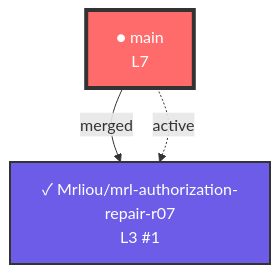
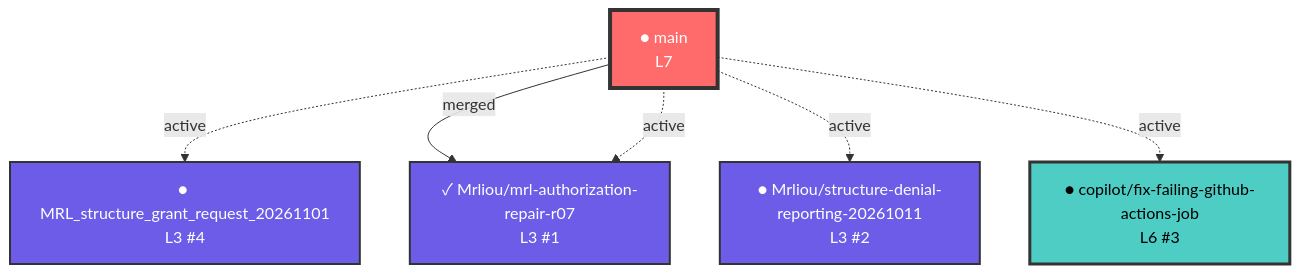
Before and after one commit to dofaromg/mrlioudb: the diagram in neural-links/synaptic-graph.mermaid, drawn with Mermaid. The commit also changed 1 other file, not shown here.

Commit message:
🧠 Auto-sync neural network map [skip ci]

````diff
--- a/neural-links/synaptic-graph.mermaid
+++ b/neural-links/synaptic-graph.mermaid
@@ -1,19 +1,25 @@
 ```mermaid
 graph TD
   %% 神經網絡分支圖譜 - origin_signature: MrLiouWord
 
   %% 節點定義
   main["● main<br/>L7"]:::trunk
+  MRL_structure_grant_request_20261101["● MRL_structure_grant_request_20261101<br/>L3 #4"]:::experimental
   Mrliou_mrl_authorization_repair_r07["✓ Mrliou/mrl-authorization-repair-r07<br/>L3 #1"]:::experimental
+  Mrliou_structure_denial_reporting_20261011["● Mrliou/structure-denial-reporting-20261011<br/>L3 #2"]:::experimental
+  copilot_fix_failing_github_actions_job["● copilot/fix-failing-github-actions-job<br/>L6 #3"]:::cognitive
 
   %% 連結定義
+  main -.->|active| MRL_structure_grant_request_20261101
   main -->|merged| Mrliou_mrl_authorization_repair_r07
+  main -.->|active| Mrliou_structure_denial_reporting_20261011
+  main -.->|active| copilot_fix_failing_github_actions_job
   main -.->|active| Mrliou_mrl_authorization_repair_r07
 
   %% 樣式定義
   classDef trunk fill:#ff6b6b,stroke:#333,stroke-width:4px,color:#fff
   classDef cognitive fill:#4ecdc4,stroke:#333,stroke-width:3px,color:#000
   classDef feature fill:#95e1d3,stroke:#333,stroke-width:2px,color:#000
   classDef hotfix fill:#f9ca24,stroke:#333,stroke-width:2px,color:#000
   classDef experimental fill:#6c5ce7,stroke:#333,stroke-width:2px,color:#fff
 ```
````
